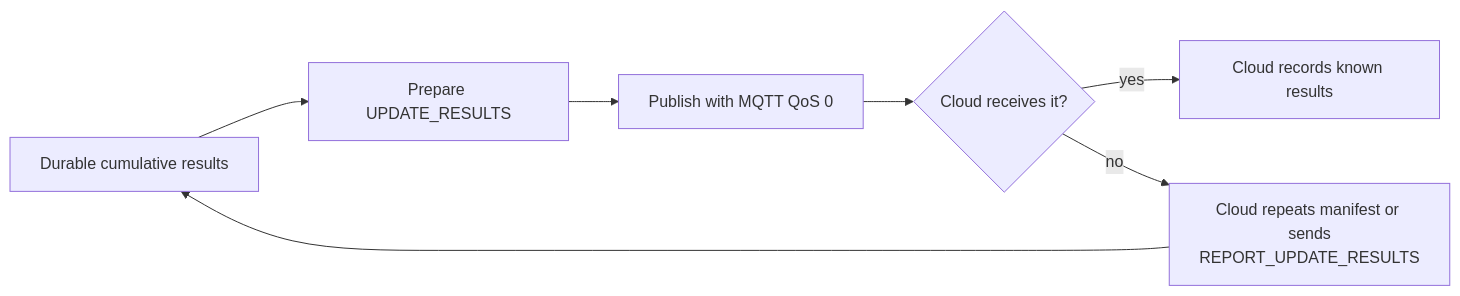
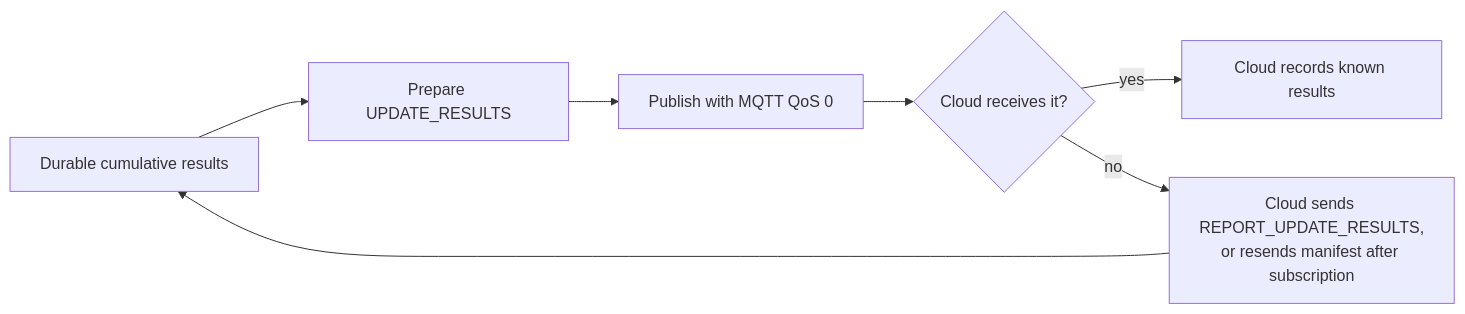
Before and after one commit to spotflow-io/device-sdk: the sixth of 10 diagrams in zephyr/docs/ota.md, drawn with Mermaid. The commit also changed other lines of this file, not shown here.

````diff
--- a/zephyr/docs/ota.md
+++ b/zephyr/docs/ota.md
@@ -289,13 +304,13 @@
 ```mermaid
 flowchart LR
     durable["Durable cumulative results"]
     prepare["Prepare UPDATE_RESULTS"]
     publish["Publish with MQTT QoS 0"]
     received{"Cloud receives it?"}
     complete["Cloud records known results"]
-    retry["Cloud repeats manifest or sends<br/>REPORT_UPDATE_RESULTS"]
+    retry["Cloud sends REPORT_UPDATE_RESULTS,<br/>or resends manifest after subscription"]
 
     durable --> prepare --> publish --> received
     received -- yes --> complete
     received -- no --> retry --> durable
 ```
````
